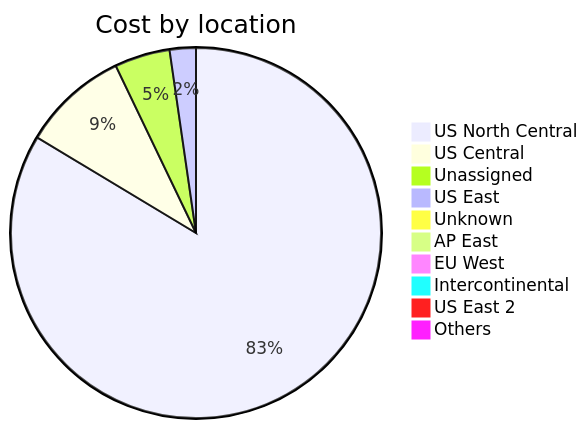
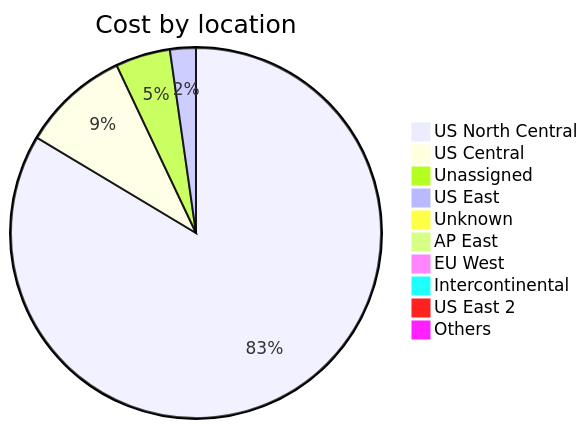
Before and after one commit to jpfulton/azure-personal-reports: the third of 4 diagrams in cost-reports/accumulated-cost.md, drawn with Mermaid. The commit also changed other lines of this file and 4 other files, not shown here.

````diff
--- a/cost-reports/accumulated-cost.md
+++ b/cost-reports/accumulated-cost.md
@@ -132,14 +132,14 @@
 ```mermaid
 pie
    title Cost by location
-   "US North Central" : 204.34
-   "US Central" : 22.64
-   "Unassigned" : 11.81
-   "US East" : 5.59
-   "Unknown" : 0.97
+   "US North Central" : 207.22
+   "US Central" : 23.23
+   "Unassigned" : 11.85
+   "US East" : 5.60
+   "Unknown" : 1.02
    "AP East" : 0.00
    "EU West" : 0.00
    "Intercontinental" : 0.00
    "US East 2" : 0.00
    "Others" : 0.00
 ```
````
